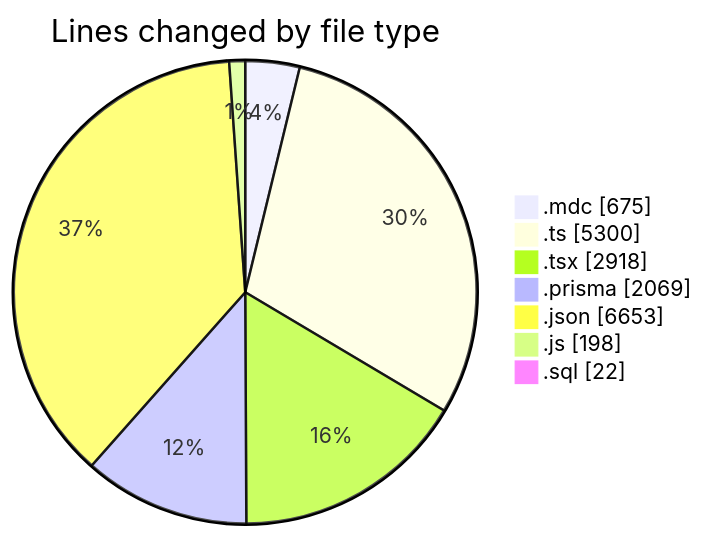
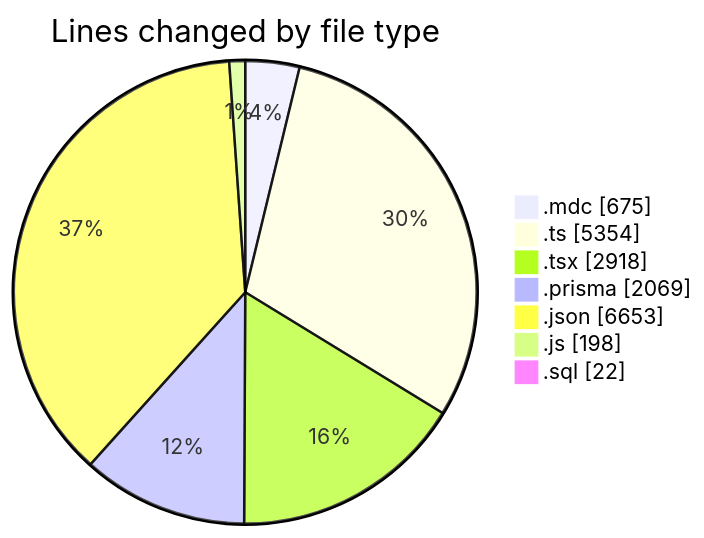
One commit to CELIANVF/code-tracking changed the first of 2 diagrams in 2025-06-05/ecodeli-1/README.md. Above: the diagram before and after it, drawn with Mermaid. The commit also changed other lines of this file and 1 other file, not shown here.

````diff
--- a/2025-06-05/ecodeli-1/README.md
+++ b/2025-06-05/ecodeli-1/README.md
@@ -50,11 +50,11 @@
 ```mermaid
 pie showData
 title Lines changed by file type
 ".mdc" : 675
-".ts" : 5300
+".ts" : 5354
 ".tsx" : 2918
 ".prisma" : 2069
 ".json" : 6653
 ".js" : 198
 ".sql" : 22
 ```
````
